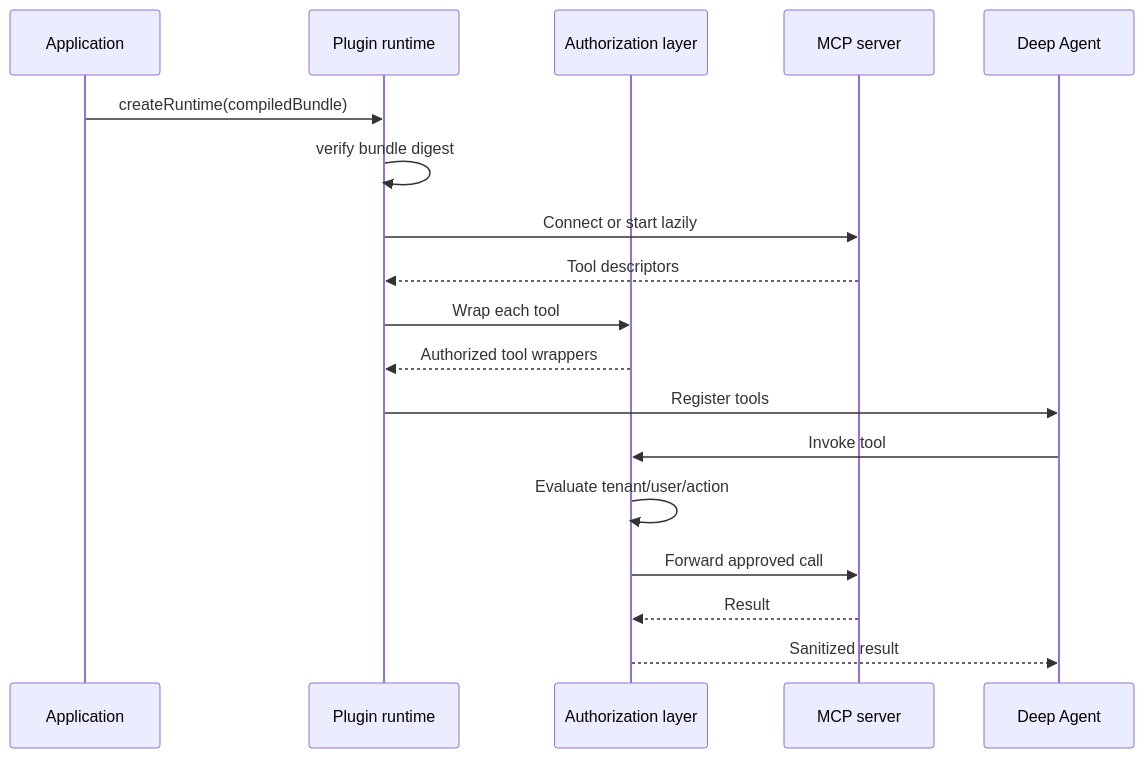
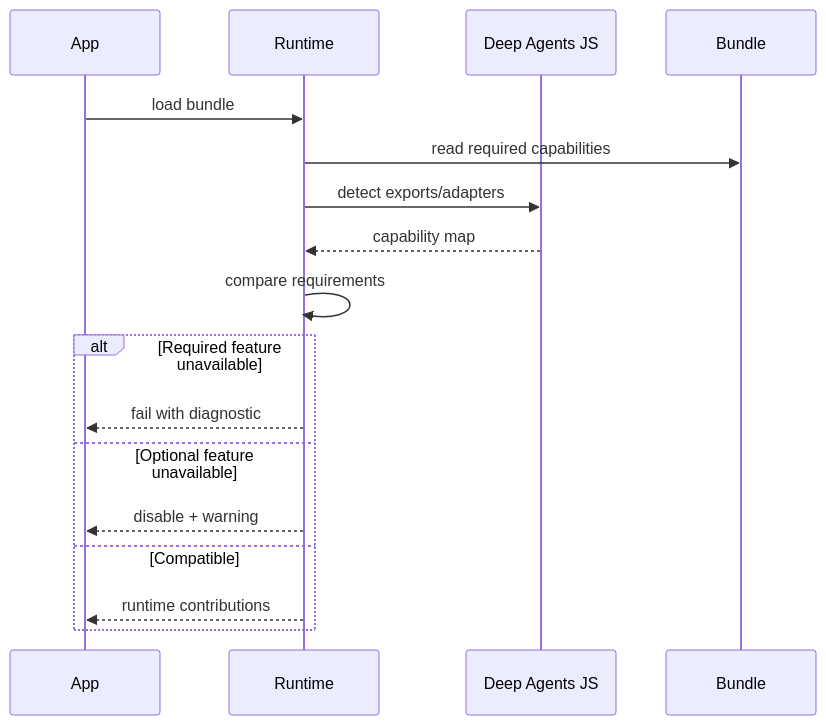
The third of 9 diagrams in RFC.md (yu-iskw/deepagents-plugin-resolver-ts), drawn with Mermaid before and after one commit. The commit also changed other lines of this file and 3 other files, not shown here.

First line of the commit message:
docs: adopt expanded v2 RFC and update architecture, compatibility, and threat-model docs

````diff
--- a/RFC.md
+++ b/RFC.md
@@ -1155,21 +640,21 @@
 ```mermaid
 sequenceDiagram
-    participant App as Application
-    participant Loader as Plugin runtime
-    participant Auth as Authorization layer
-    participant MCP as MCP server
-    participant Agent as Deep Agent
+    participant App
+    participant Runtime
+    participant DA as Deep Agents JS
+    participant Bundle
 
-    App->>Loader: createRuntime(compiledBundle)
-    Loader->>Loader: verify bundle digest
-    Loader->>MCP: Connect or start lazily
-    MCP-->>Loader: Tool descriptors
-    Loader->>Auth: Wrap each tool
-    Auth-->>Loader: Authorized tool wrappers
-    Loader->>Agent: Register tools
-    Agent->>Auth: Invoke tool
-    Auth->>Auth: Evaluate tenant/user/action
-    Auth->>MCP: Forward approved call
-    MCP-->>Auth: Result
-    Auth-->>Agent: Sanitized result
+    App->>Runtime: load bundle
+    Runtime->>Bundle: read required capabilities
+    Runtime->>DA: detect exports/adapters
+    DA-->>Runtime: capability map
+    Runtime->>Runtime: compare requirements
+
+    alt Required feature unavailable
+        Runtime-->>App: fail with diagnostic
+    else Optional feature unavailable
+        Runtime-->>App: disable + warning
+    else Compatible
+        Runtime-->>App: runtime contributions
+    end
 ```
````
